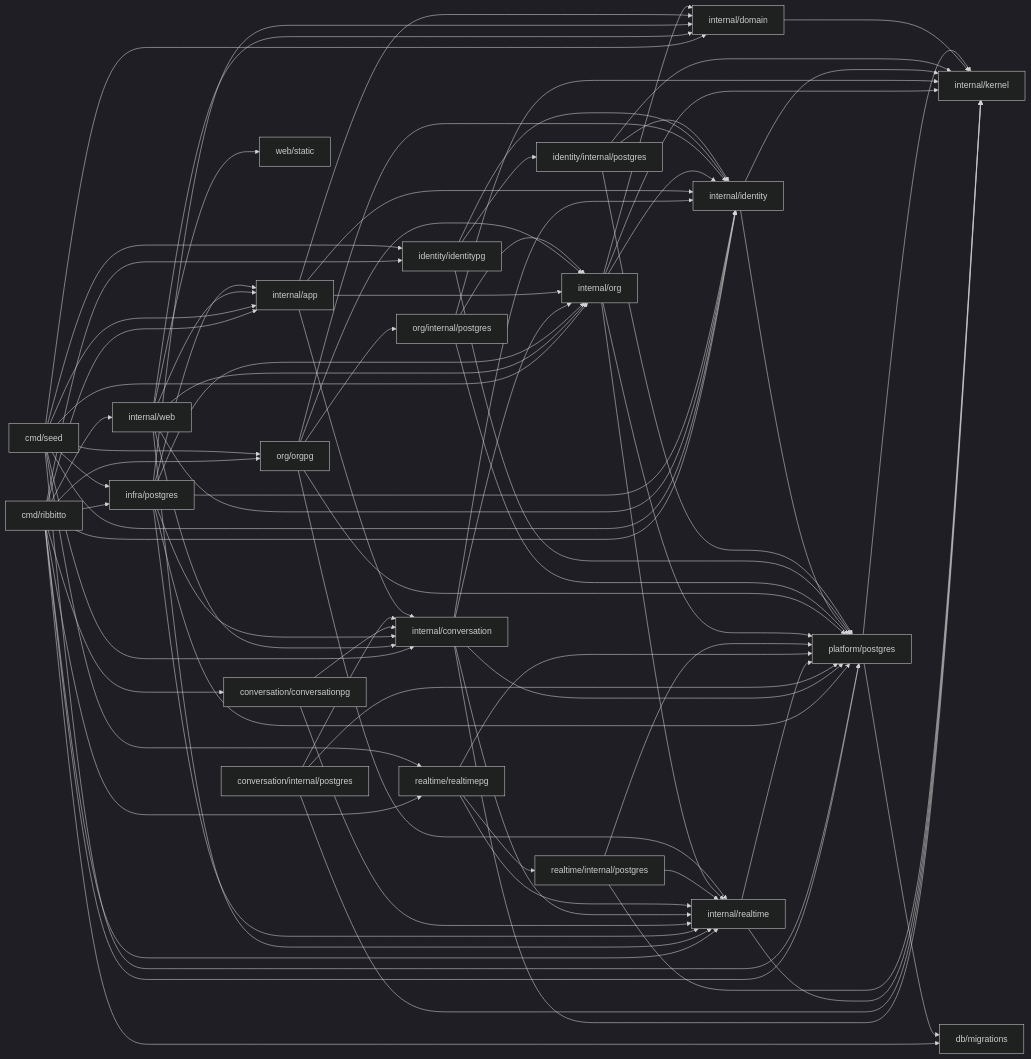
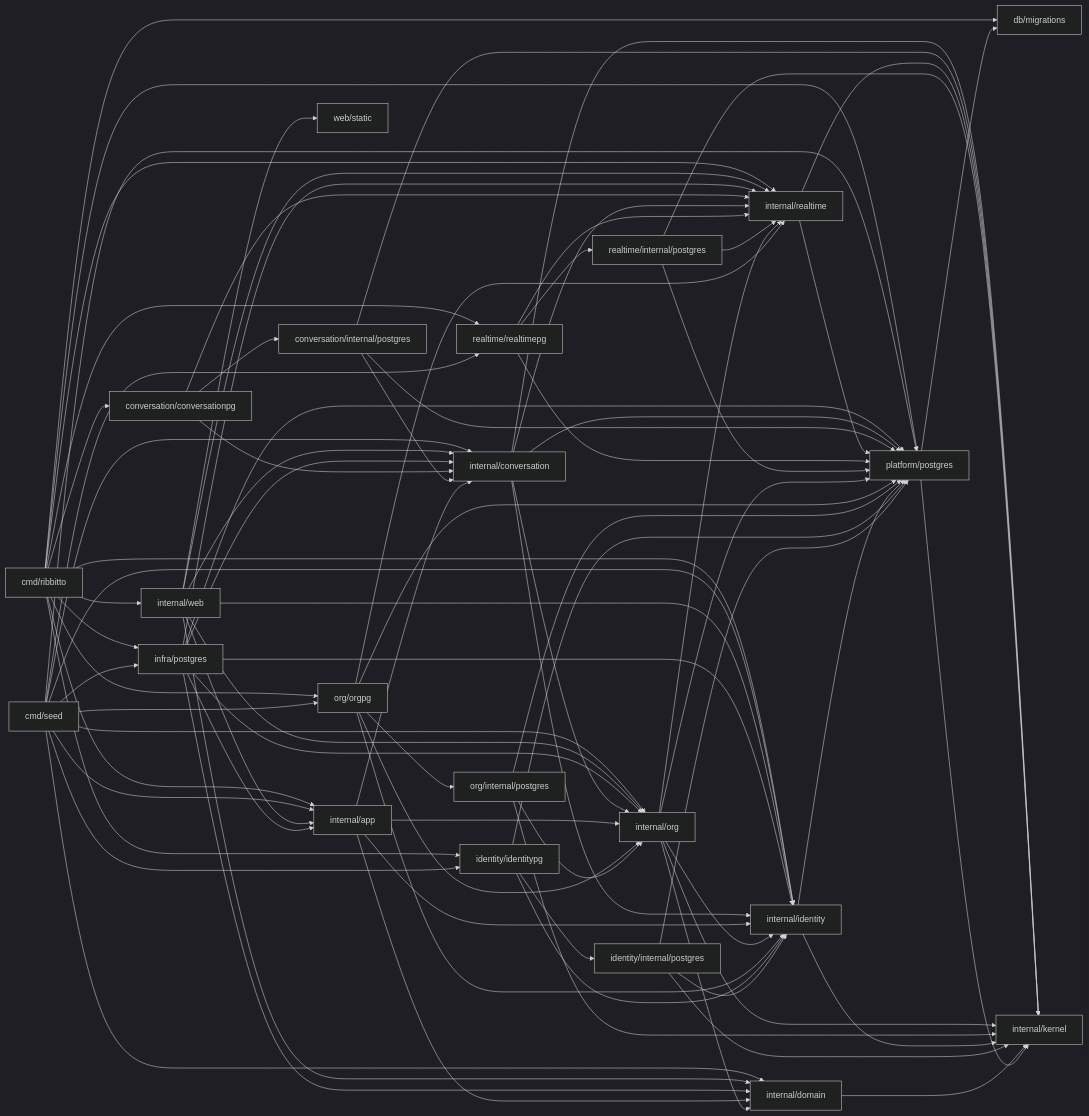
One commit to tkakkie/ribbitto changed the diagram in docs/architecture/packages.md. Above: the diagram before and after it, drawn with Mermaid (dark theme). The commit also changed other lines of this file and 21 other files, not shown here.

````diff
--- a/docs/architecture/packages.md
+++ b/docs/architecture/packages.md
@@ -67,22 +67,22 @@
 ```mermaid
 flowchart LR
   cmd[cmd/ribbitto] --> web & app & orgpg[org/orgpg] & conversationpg[conversation/conversationpg] & identity & identitypg[identity/identitypg] & realtimepg & postgres[infra/postgres] & realtime & platform[platform/postgres] & migrations[db/migrations]
   seed[cmd/seed] --> conversation & app & org & orgpg & identity & identitypg & realtimepg & postgres & platform & domain
   web[internal/web] --> app & org & conversation & identity & domain & realtime & static[web/static]
   postgres --> app & org & conversation & identity & domain & platform & realtime
-  conversationpg --> conversation[internal/conversation] & realtime
+  conversationpg --> conversation[internal/conversation] & cstore[conversation/internal/postgres] & realtime
   conversation --> identity & org & realtime & kernel & platform
-  cstore[conversation/internal/postgres] --> conversation & platform & kernel
+  cstore --> conversation & platform & kernel
   realtime[internal/realtime] --> kernel & platform
   realtimepg[realtime/realtimepg] --> realtime & rstore[realtime/internal/postgres] & platform
   rstore --> realtime & platform & kernel
   app[internal/app] --> org & conversation & identity & domain[internal/domain]
   org[internal/org] --> identity & realtime & domain & kernel & platform
   orgpg --> org & ostore[org/internal/postgres] & platform & identity & realtime
   ostore --> org & platform & kernel
   identity[internal/identity] --> kernel & platform
   identitypg --> identity & store[identity/internal/postgres] & platform
   store --> identity & platform & kernel
   domain --> kernel[internal/kernel]
   platform --> kernel & migrations
 ```
````
